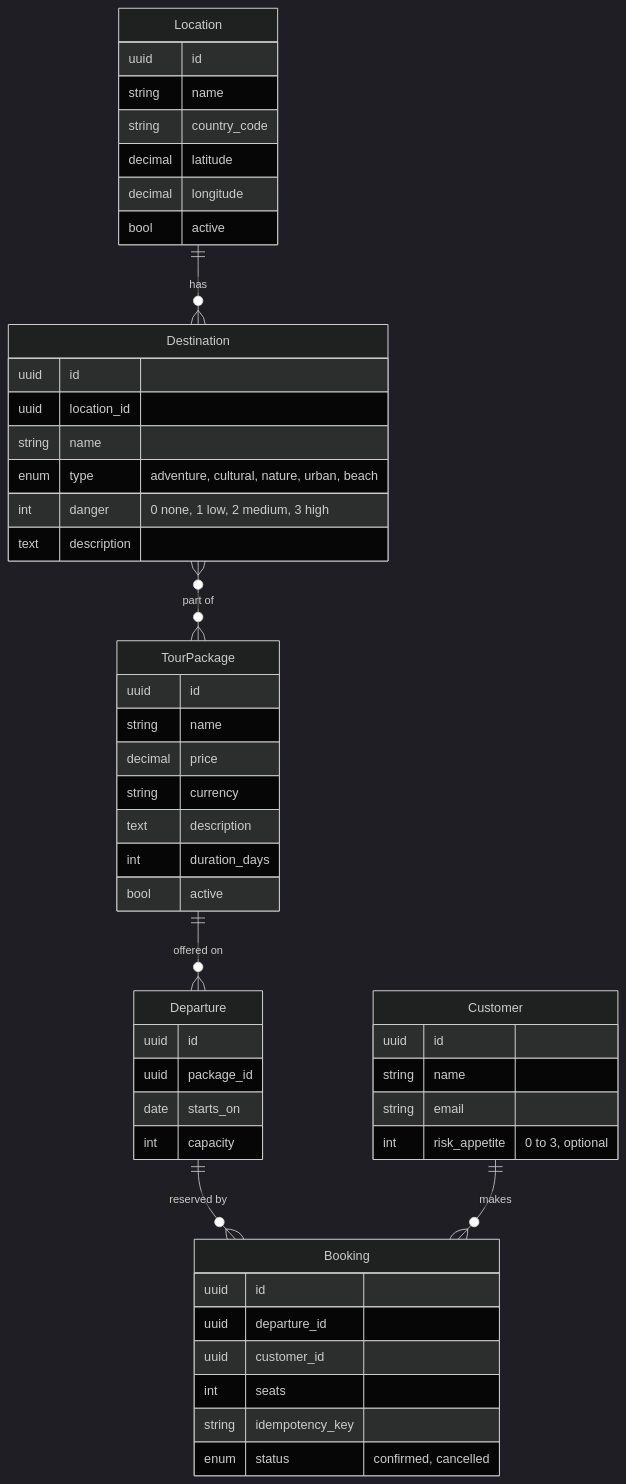
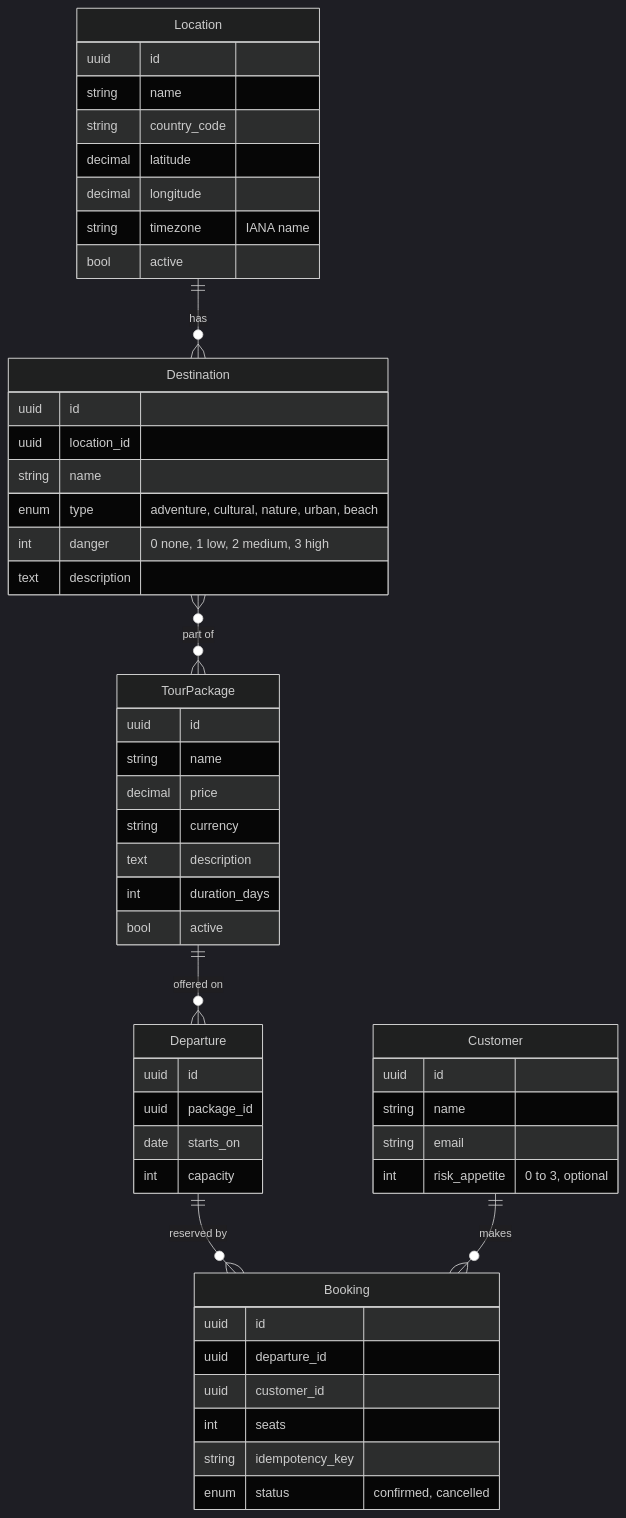
One commit to AlitalipSever/travel-agency changed the diagram in docs/03-data-model.md. Above: the diagram before and after it, drawn with Mermaid (dark theme). The commit also changed other lines of this file and 10 other files, not shown here.

````diff
--- a/docs/03-data-model.md
+++ b/docs/03-data-model.md
@@ -7,54 +7,55 @@
 ```mermaid
 erDiagram
   Location ||--o{ Destination : "has"
   Destination }o--o{ TourPackage : "part of"
   TourPackage ||--o{ Departure : "offered on"
   Departure ||--o{ Booking : "reserved by"
   Customer ||--o{ Booking : "makes"
 
   Location {
     uuid id
     string name
     string country_code
     decimal latitude
     decimal longitude
+    string timezone "IANA name"
     bool active
   }
   Destination {
     uuid id
     uuid location_id
     string name
     enum type "adventure, cultural, nature, urban, beach"
     int danger "0 none, 1 low, 2 medium, 3 high"
     text description
   }
   TourPackage {
     uuid id
     string name
     decimal price
     string currency
     text description
     int duration_days
     bool active
   }
   Departure {
     uuid id
     uuid package_id
     date starts_on
     int capacity
   }
   Booking {
     uuid id
     uuid departure_id
     uuid customer_id
     int seats
     string idempotency_key
     enum status "confirmed, cancelled"
   }
   Customer {
     uuid id
     string name
     string email
     int risk_appetite "0 to 3, optional"
   }
 ```
````
